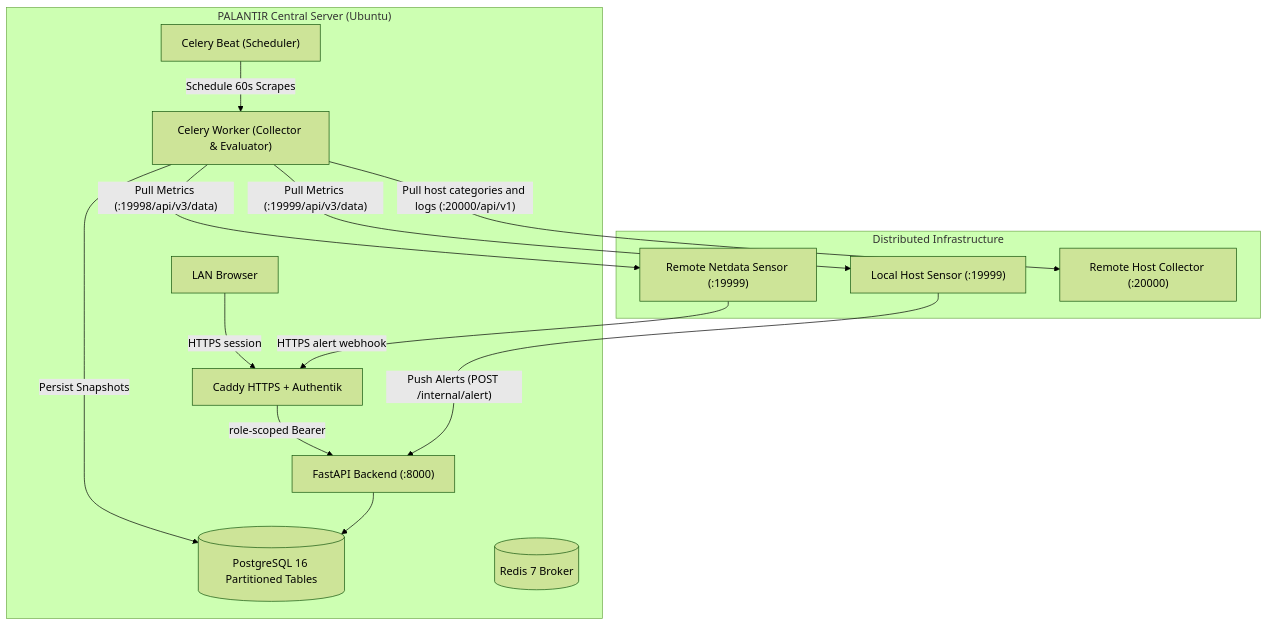
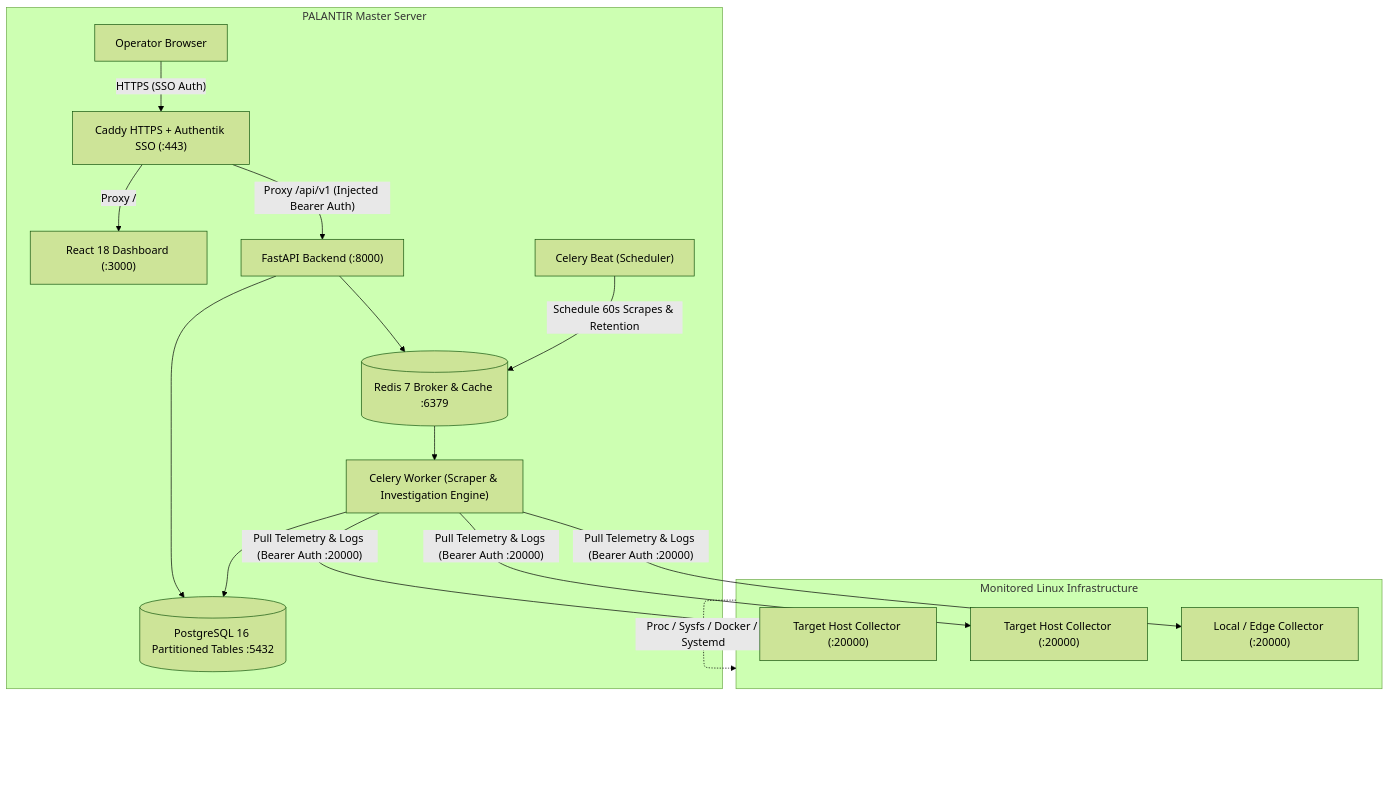
Before and after one commit to abdullah-farooqi/PALANTIR: the diagram in README.md, drawn with Mermaid (forest theme). The commit also changed other lines of this file and 60 other files, not shown here.

````diff
--- a/README.md
+++ b/README.md
@@ -9,29 +9,33 @@
 ```mermaid
 flowchart TD
-    subgraph Cluster ["Distributed Infrastructure"]
-        LocalSensor["Local Host Sensor (:19999)"]
-        RemoteSensor["Remote Netdata Sensor (:19999)"]
-        HostCollector["Remote Host Collector (:20000)"]
+    subgraph TargetHosts ["Monitored Linux Infrastructure"]
+        Host1["Target Host Collector (:20000)"]
+        Host2["Target Host Collector (:20000)"]
+        HostN["Local / Edge Collector (:20000)"]
     end
 
-    subgraph CentralServer ["PALANTIR Central Server (Ubuntu)"]
-        Users["LAN Browser"]
-        Gateway["Caddy HTTPS + Authentik"]
+    subgraph MasterServer ["PALANTIR Master Server"]
+        Browser["Operator Browser"]
+        Caddy["Caddy HTTPS + Authentik SSO (:443)"]
+        UI["React 18 Dashboard (:3000)"]
         API["FastAPI Backend (:8000)"]
         Beat["Celery Beat (Scheduler)"]
-        Worker["Celery Worker (Collector & Evaluator)"]
-        DB[(PostgreSQL 16 Partitioned Tables)]
-        Broker[(Redis 7 Broker)]
-        Users -->|"HTTPS session"| Gateway
-        Gateway -->|"role-scoped Bearer"| API
+        Worker["Celery Worker (Scraper & Investigation Engine)"]
+        DB[(PostgreSQL 16 Partitioned Tables :5432)]
+        Broker[(Redis 7 Broker & Cache :6379)]
+        
+        Browser -->|"HTTPS (SSO Auth)"| Caddy
+        Caddy -->|"Proxy /"| UI
+        Caddy -->|"Proxy /api/v1 (Injected Bearer Auth)"| API
+        API --> DB
+        API --> Broker
+        Beat -->|"Schedule 60s Scrapes & Retention"| Broker
+        Broker --> Worker
+        Worker --> DB
     end
 
-    RemoteSensor -->|"HTTPS alert webhook"| Gateway
-    LocalSensor -->|"Push Alerts (POST /internal/alert)"| API
-    Beat -->|"Schedule 60s Scrapes"| Worker
-    Worker -->|"Pull Metrics (:19999/api/v3/data)"| LocalSensor
-    Worker -->|"Pull Metrics (:19998/api/v3/data)"| RemoteSensor
-    Worker -->|"Pull host categories and logs (:20000/api/v1)"| HostCollector
-    Worker -->|"Persist Snapshots"| DB
-    API --> DB
+    Worker -->|"Pull Telemetry & Logs (Bearer Auth :20000)"| Host1
+    Worker -->|"Pull Telemetry & Logs (Bearer Auth :20000)"| Host2
+    Worker -->|"Pull Telemetry & Logs (Bearer Auth :20000)"| HostN
+    TargetHosts -.->|"Proc / Sysfs / Docker / Systemd"| TargetHosts
 ```
````
